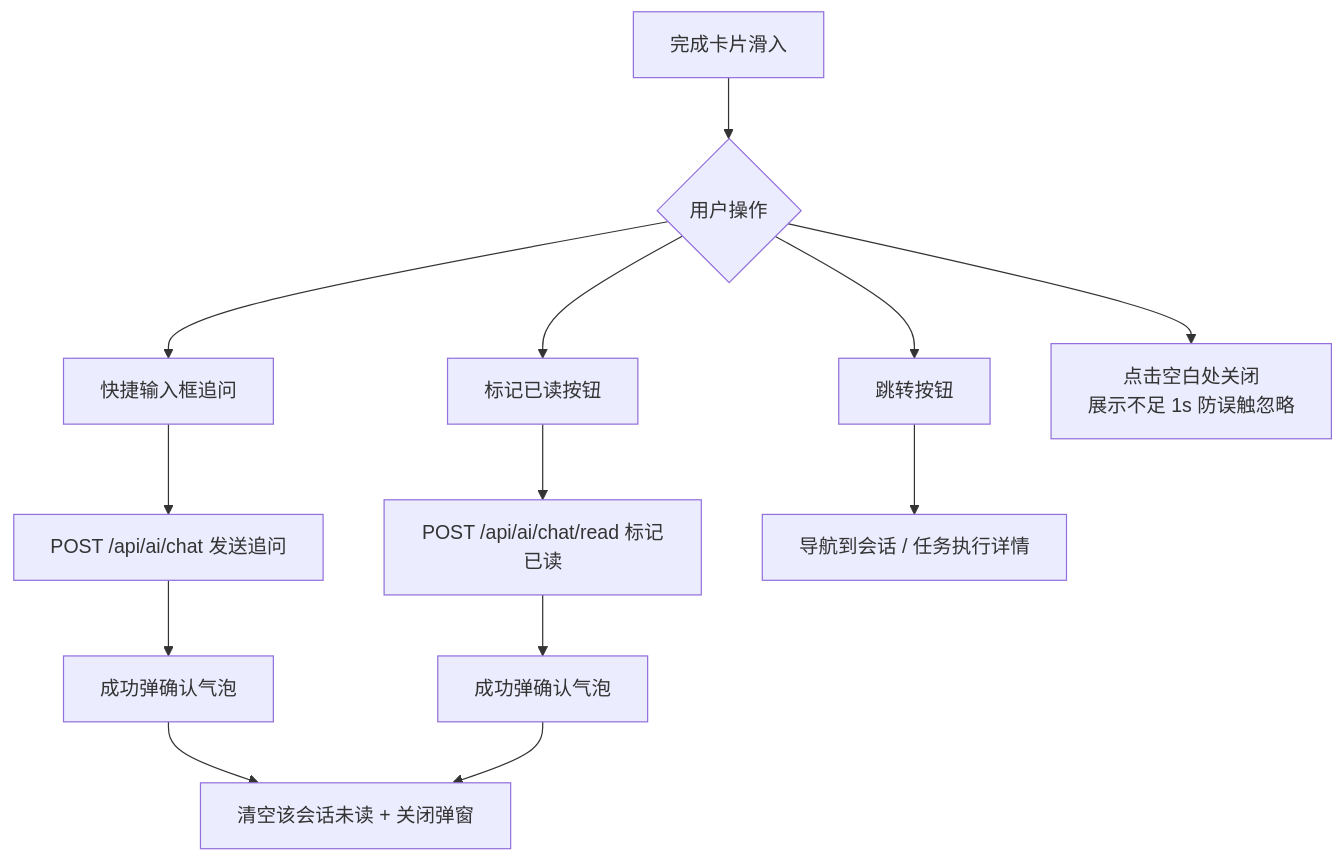
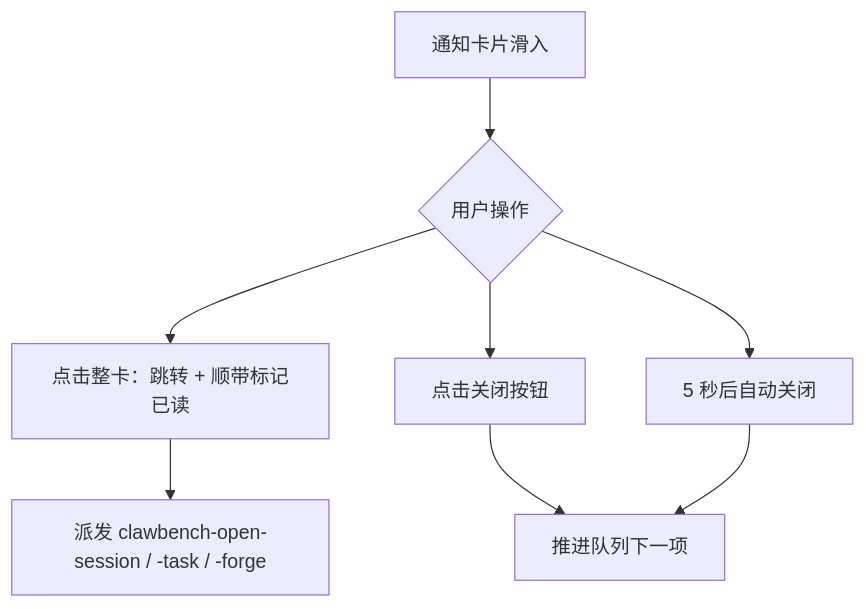
One commit to clawbench-dev/clawbench changed the second of 2 diagrams in docs/spec/features/completion-popup.md. Above: the diagram before and after it, drawn with Mermaid. The commit also changed other lines of this file and 22 other files, not shown here.

````diff
--- a/docs/spec/features/completion-popup.md
+++ b/docs/spec/features/completion-popup.md
@@ -30,15 +29,10 @@
 ```mermaid
 flowchart TD
-    A[完成卡片滑入] --> B{用户操作}
-    B --> C[快捷输入框追问]
-    B --> D[标记已读按钮]
-    B --> E[跳转按钮]
-    B --> F[点击空白处关闭<br/>展示不足 1s 防误触忽略]
-    C --> G[POST /api/ai/chat 发送追问]
-    G --> H[成功弹确认气泡]
-    H --> I[清空该会话未读 + 关闭弹窗]
-    D --> J[POST /api/ai/chat/read 标记已读]
-    J --> K[成功弹确认气泡]
-    K --> I
-    E --> L[导航到会话 / 任务执行详情]
+    A[通知卡片滑入] --> B{用户操作}
+    B --> C[点击整卡：跳转 + 顺带标记已读]
+    B --> D[点击关闭按钮]
+    B --> E[5 秒后自动关闭]
+    C --> F[派发 clawbench-open-session / -task / -forge]
+    D --> G[推进队列下一项]
+    E --> G
 ```
````
